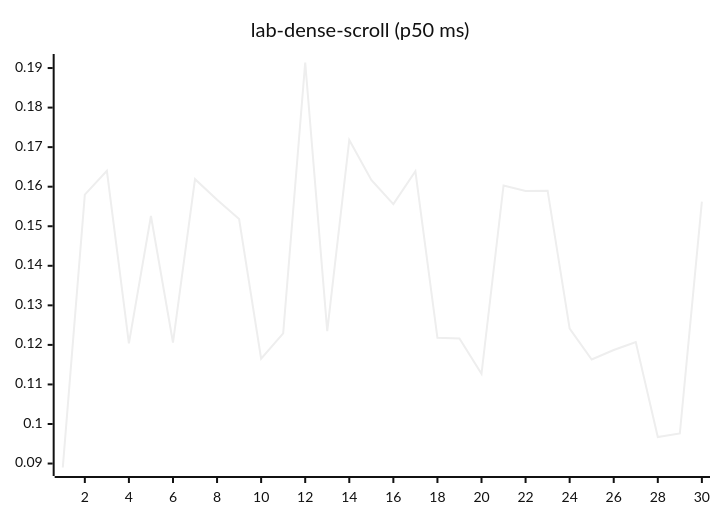
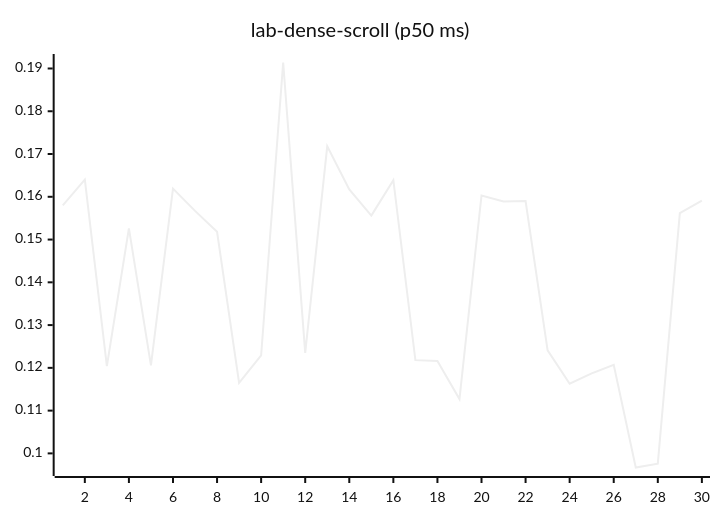
Before and after one commit to josha/Facet: diagram 12 of 27 in README.md, drawn with Mermaid (neutral theme). The commit also changed other lines of this file and 2 other files, not shown here.

````diff
--- a/README.md
+++ b/README.md
@@ -140,6 +140,6 @@
 ```mermaid
 xychart-beta
     title "lab-dense-scroll (p50 ms)"
     x-axis 1 --> 30
-    line [0.0890, 0.1580, 0.1640, 0.1204, 0.1526, 0.1206, 0.1619, 0.1567, 0.1518, 0.1165, 0.1229, 0.1914, 0.1235, 0.1718, 0.1617, 0.1556, 0.1639, 0.1218, 0.1216, 0.1127, 0.1603, 0.1589, 0.1590, 0.1241, 0.1163, 0.1187, 0.1207, 0.0967, 0.0976, 0.1562]
+    line [0.1580, 0.1640, 0.1204, 0.1526, 0.1206, 0.1619, 0.1567, 0.1518, 0.1165, 0.1229, 0.1914, 0.1235, 0.1718, 0.1617, 0.1556, 0.1639, 0.1218, 0.1216, 0.1127, 0.1603, 0.1589, 0.1590, 0.1241, 0.1163, 0.1187, 0.1207, 0.0967, 0.0976, 0.1562, 0.1591]
 ```
````
